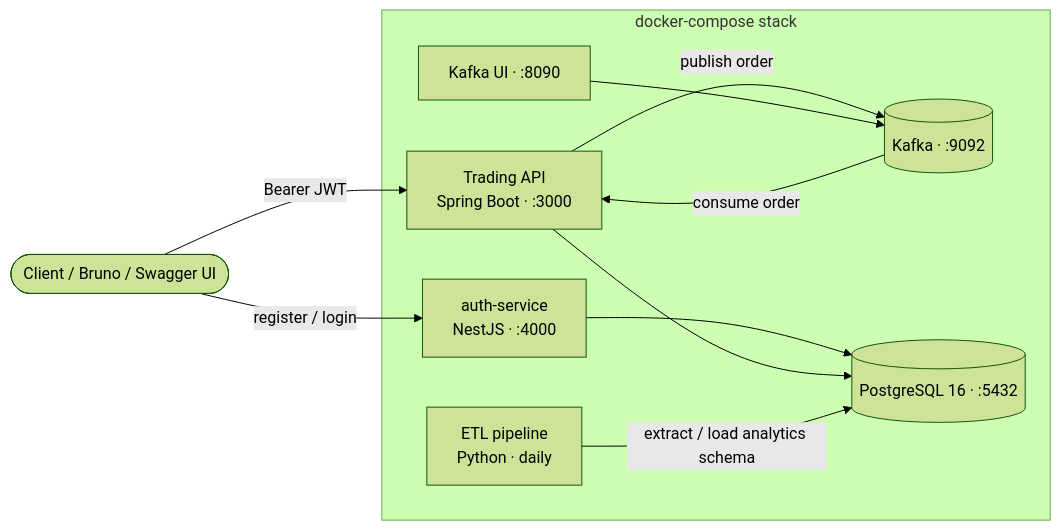
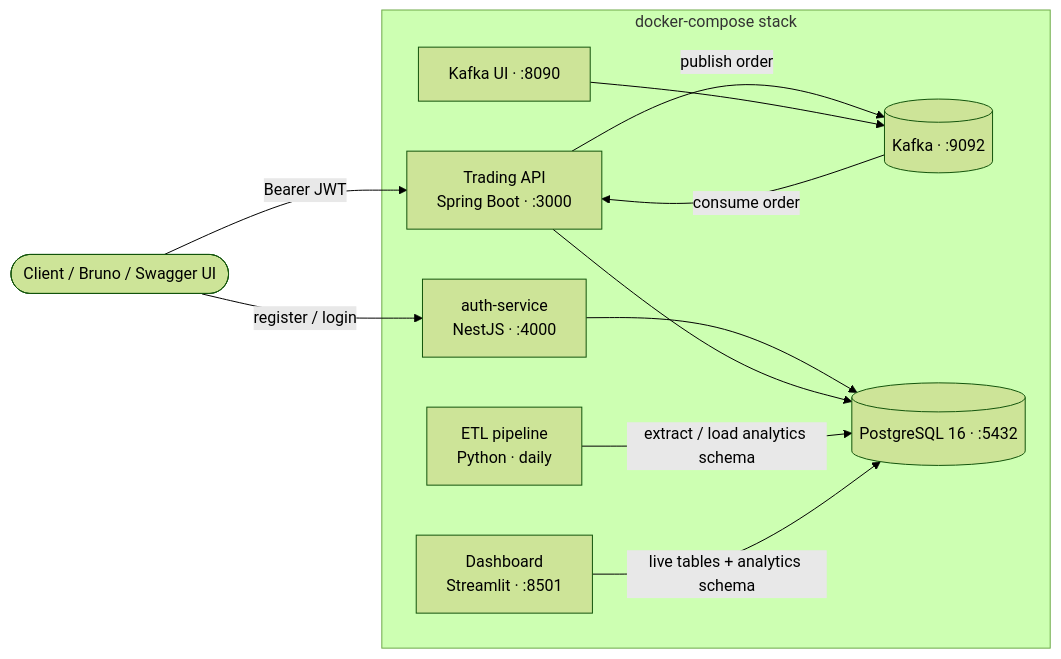
The diagram in README.md (NathanCarr10/TNS-Capital), drawn with Mermaid (forest theme) before and after one commit. The commit also changed other lines of this file and 14 other files, not shown here.

First line of the commit message:
feat(dashboard): add Streamlit analytics dashboard

````diff
--- a/README.md
+++ b/README.md
@@ -29,22 +29,24 @@
 ```mermaid
 flowchart LR
     client([Client / Bruno / Swagger UI])
 
     subgraph stack[docker-compose stack]
         auth[auth-service<br/>NestJS · :4000]
         app[Trading API<br/>Spring Boot · :3000]
         kafka[(Kafka · :9092)]
         pg[(PostgreSQL 16 · :5432)]
         etl[ETL pipeline<br/>Python · daily]
+        dash[Dashboard<br/>Streamlit · :8501]
         ui[Kafka UI · :8090]
     end
 
     client -- "register / login" --> auth
     client -- "Bearer JWT" --> app
     auth --> pg
     app -- "publish order" --> kafka
     kafka -- "consume order" --> app
     app --> pg
     etl -- "extract / load analytics schema" --> pg
+    dash -- "live tables + analytics schema" --> pg
     ui --> kafka
 ```
````
